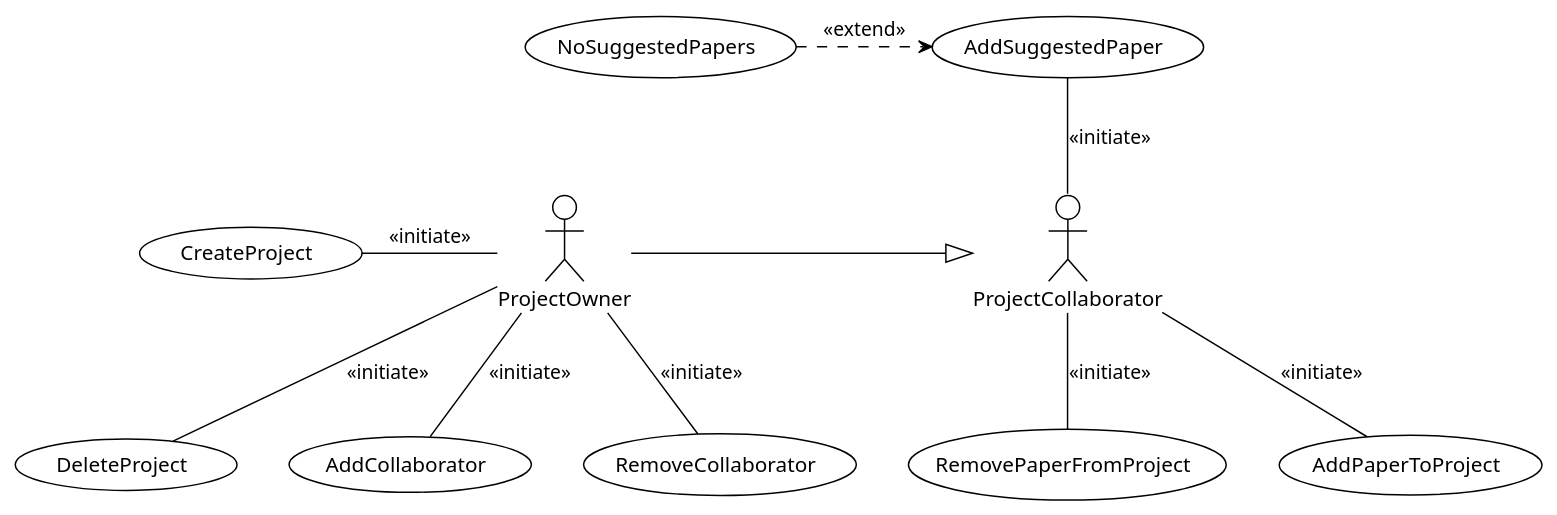
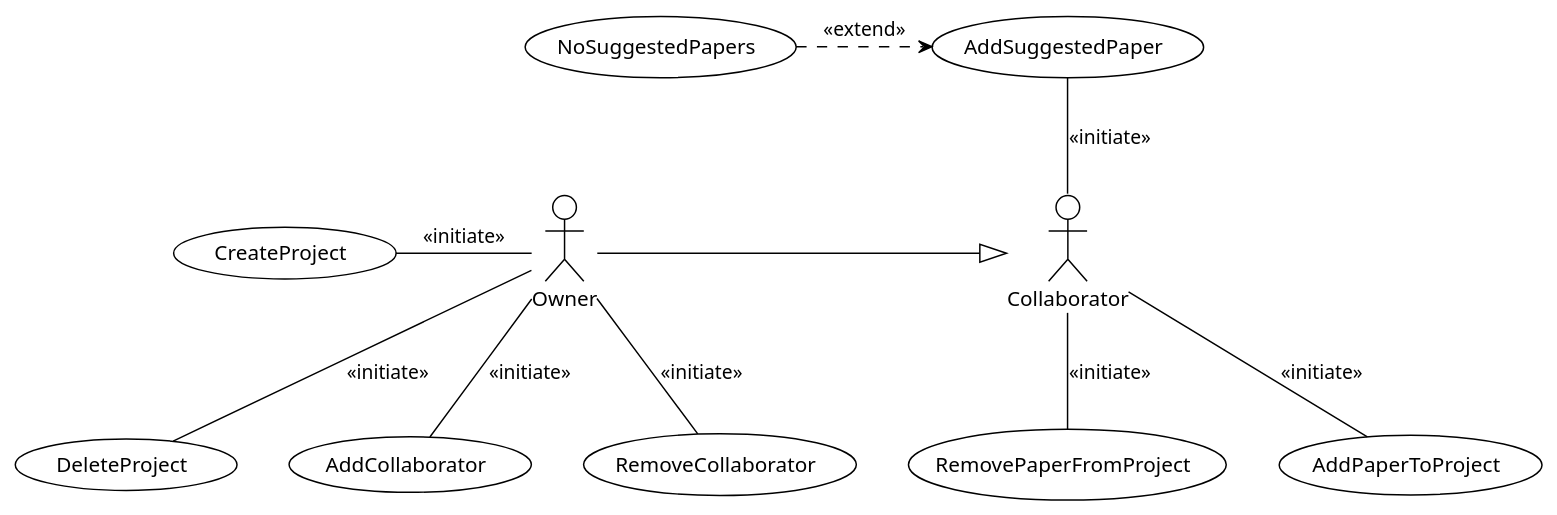
One commit to BlueMango10/Project-uml changed the diagram in Use case diagrams/UseCases.puml. Above: the diagram before and after it, drawn with PlantUML. The commit also changed 22 other files, not shown here.

Commit message:
redfined sequence diagrams and use case

```diff
--- a/Use case diagrams/UseCases.puml
+++ b/Use case diagrams/UseCases.puml
@@ -1,26 +1,26 @@
 @startuml UseCases
 !theme plain
 (CreateProject) as crpj
 (DeleteProject) as dlpj
 (AddCollaborator) as adco
 (RemoveCollaborator) as rmco
 (AddPaperToProject) as adpa
 (AddSuggestedPaper) as adsg
 (NoSuggestedPapers) as nosg
 (RemovePaperFromProject) as rmpa
-:ProjectOwner: as po
-:ProjectCollaborator: as pc
+:Owner: as po
+:Collaborator: as pc
 
 po -r-|> pc
 
 nosg -r-> adsg #line.dashed : <<extend>>
 
 po -l- crpj : <<initiate>>
 po -- dlpj : <<initiate>>
 po -- adco : <<initiate>>
 po -- rmco : <<initiate>>
 
 pc -- adpa : <<initiate>>
 pc -u- adsg : <<initiate>>
 pc -- rmpa : <<initiate>>
 @enduml
```
